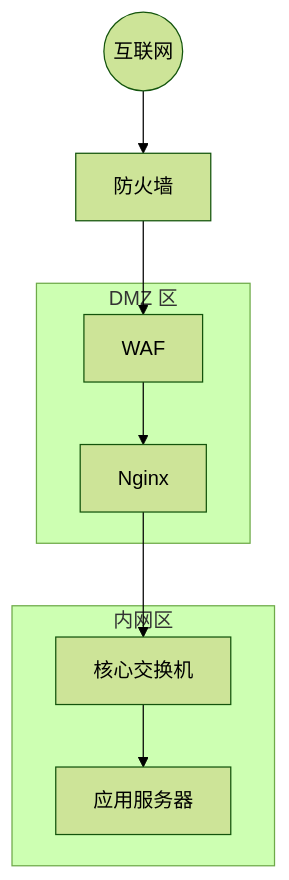
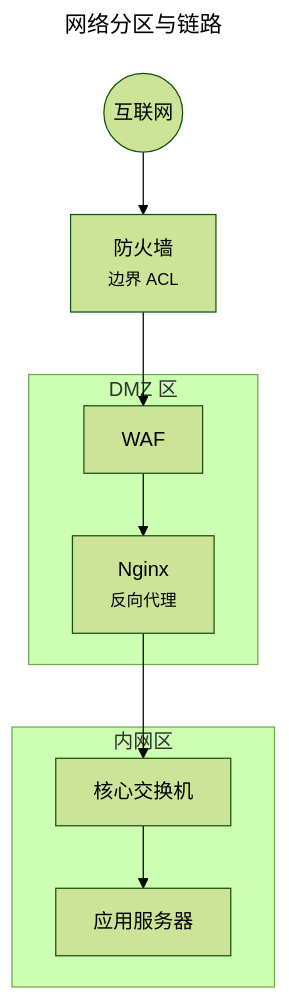
The seventh of 7 diagrams in references/types-structure.md (huang-hee/diagram-kit), drawn with Mermaid (forest theme) before and after one commit. The commit also changed other lines of this file and 248 other files, not shown here.

First line of the commit message:
feat: 示例按统一风格重做，补齐 42 张 drawio 整图示例，默认工具改为 drawio

````diff
--- a/references/types-structure.md
+++ b/references/types-structure.md
@@ -280,15 +289,18 @@
 ```mermaid
+---
+title: 网络分区与链路
+---
 flowchart TB
-  NET((互联网)):::internet --> FW[防火墙]:::security
+  NET((互联网)):::internet --> FW["防火墙<br><small>边界 ACL</small>"]:::security
   subgraph DMZ[DMZ 区]
     WAF[WAF]:::security
-    NG[Nginx]:::server
+    NG["Nginx<br><small>反向代理</small>"]:::server
   end
   subgraph IN[内网区]
     SW[核心交换机]:::device
     APP[应用服务器]:::server
   end
   FW --> WAF --> NG --> SW --> APP
   class DMZ dmz
   class IN intranet
 ```
````
